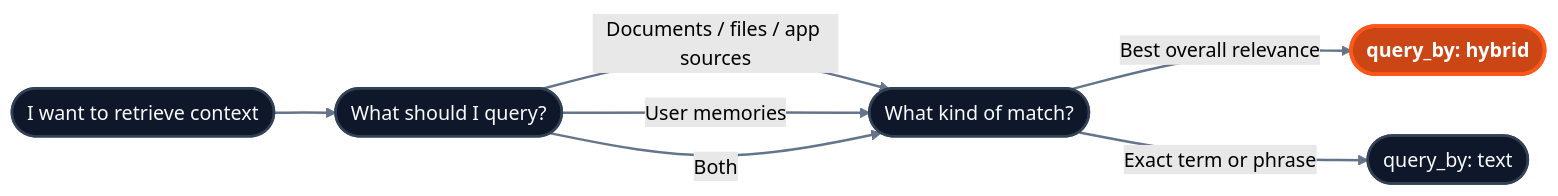
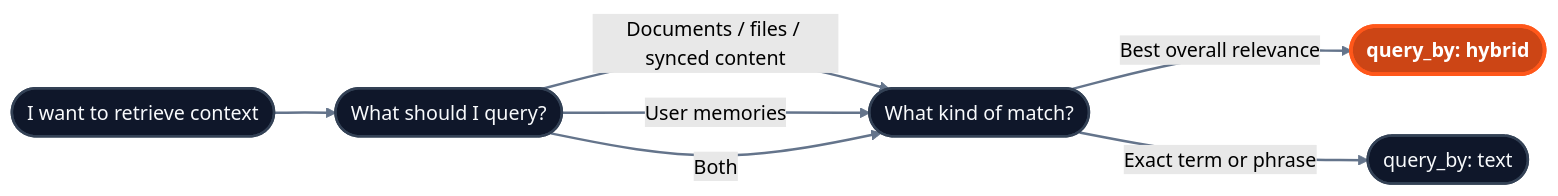
Before and after one commit to hydra-db/mintlify-docs: the diagram in api-reference/v2/endpoint/query-overview.mdx, drawn with Mermaid (forest theme). The commit also changed other lines of this file and 30 other files, not shown here.

First line of the commit message:
docs: bring app content in through connectors only

````diff
--- a/api-reference/v2/endpoint/query-overview.mdx
+++ b/api-reference/v2/endpoint/query-overview.mdx
@@ -19,23 +19,23 @@
 ```mermaid
 flowchart LR
 
 classDef standard fill:#0f172a,stroke:#334155,stroke-width:2px,color:#f8fafc;
 classDef innovation fill:#CC4515,stroke:#FF571A,stroke-width:3px,color:#ffffff,font-weight:bold;
 
 Q([I want to retrieve context])
 S([What should I query?])
 M([What kind of match?])
 H([query_by: hybrid])
 T([query_by: text])
 
 Q --> S
-S -- "Documents / files / app sources" --> M
+S -- "Documents / files / synced content" --> M
 S -- "User memories" --> M
 S -- "Both" --> M
 M -- "Best overall relevance" --> H
 M -- "Exact term or phrase" --> T
 
 class Q,S,M,T standard;
 class H innovation;
 linkStyle default stroke:#64748b,stroke-width:2px;
 ```
````
